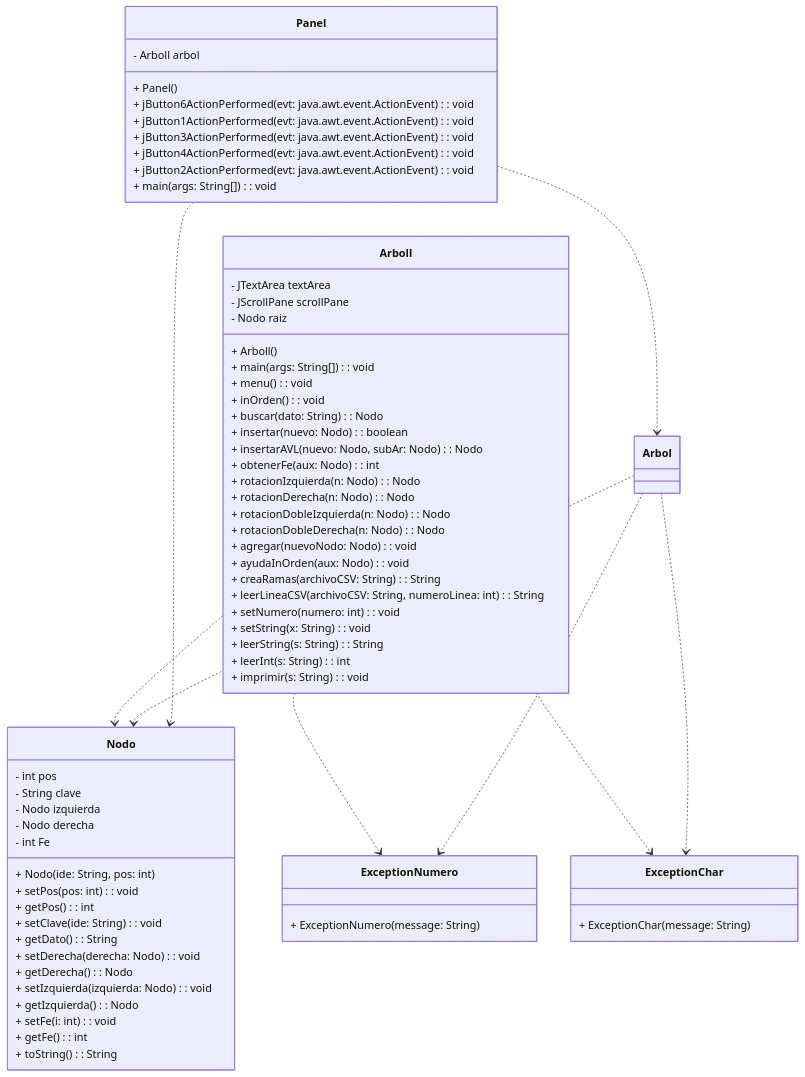
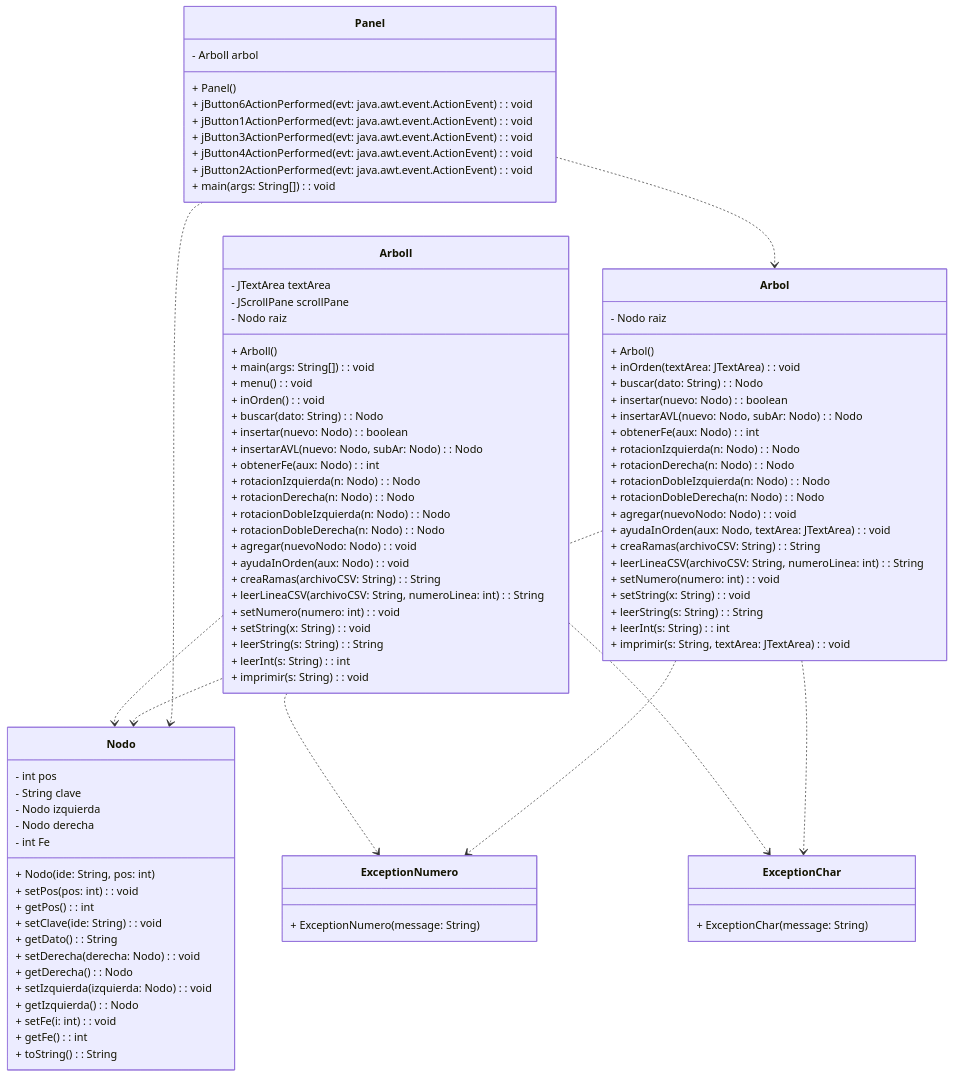
Before and after one commit to jangelmm/edd_avl_indice: the diagram in README.md, drawn with Mermaid. The commit also changed 9 other files, not shown here.

```diff
--- a/README.md
+++ b/README.md
@@ -90,6 +90,29 @@
     + main(args: String[]): void
   }
 
+  class Arbol {
+    - Nodo raiz
+    + Arbol()
+    + inOrden(textArea: JTextArea): void
+    + buscar(dato: String): Nodo
+    + insertar(nuevo: Nodo): boolean
+    + insertarAVL(nuevo: Nodo, subAr: Nodo): Nodo
+    + obtenerFe(aux: Nodo): int
+    + rotacionIzquierda(n: Nodo): Nodo
+    + rotacionDerecha(n: Nodo): Nodo
+    + rotacionDobleIzquierda(n: Nodo): Nodo
+    + rotacionDobleDerecha(n: Nodo): Nodo
+    + agregar(nuevoNodo: Nodo): void
+    + ayudaInOrden(aux: Nodo, textArea: JTextArea): void
+    + creaRamas(archivoCSV: String): String
+    + leerLineaCSV(archivoCSV: String, numeroLinea: int): String
+    + setNumero(numero: int): void
+    + setString(x: String): void
+    + leerString(s: String): String
+    + leerInt(s: String): int
+    + imprimir(s: String, textArea: JTextArea): void
+  }
+
 Arboll ..> Nodo
 Arboll ..> ExceptionChar
 Arboll ..> ExceptionNumero
```
